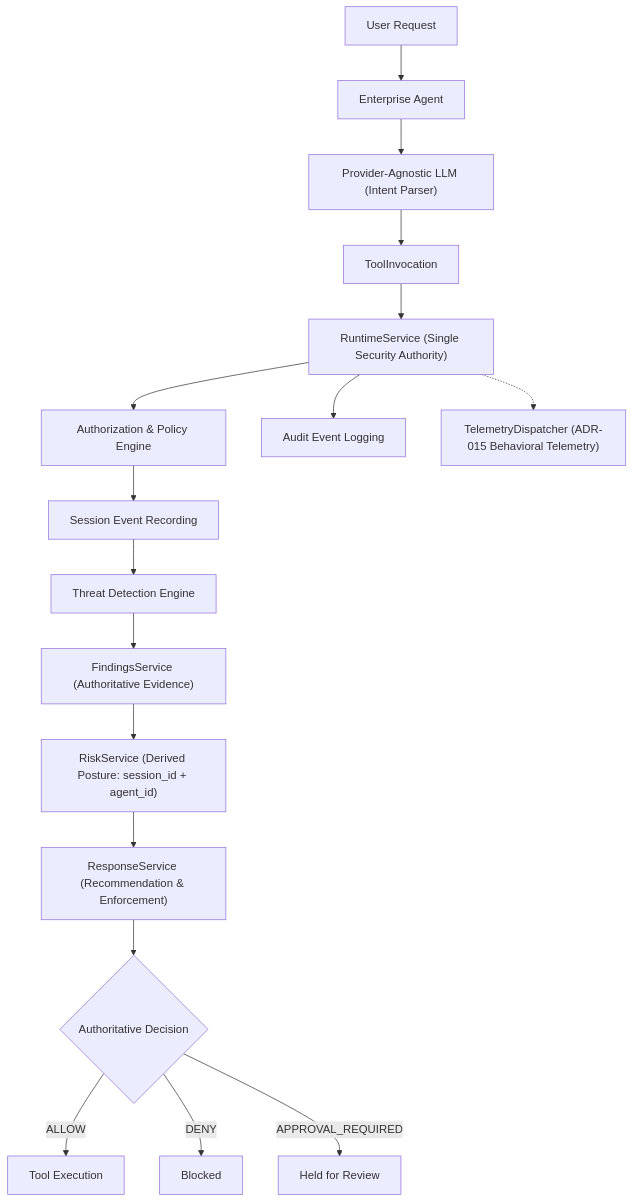
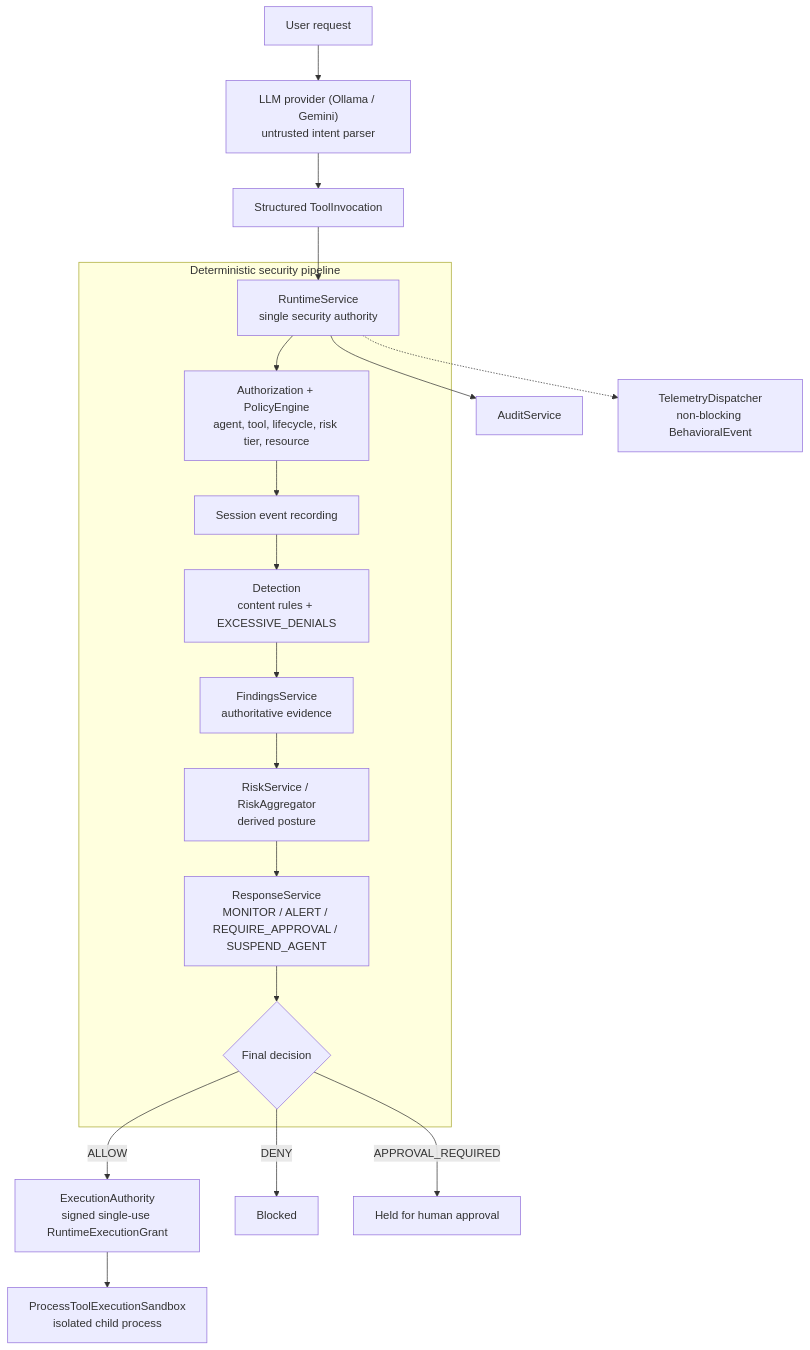
Before and after one commit to mathurshubh/enterprise-agent-security-platform: the diagram in README.md, drawn with Mermaid. The commit also changed other lines of this file and 9 other files, not shown here.

````diff
--- a/README.md
+++ b/README.md
@@ -49,19 +99,23 @@
 ```mermaid
 flowchart TD
-    A["User Request"] --> B["Enterprise Agent"]
-    B --> C["Provider-Agnostic LLM (Intent Parser)"]
-    C --> D["ToolInvocation"]
-    D --> E["RuntimeService (Single Security Authority)"]
-    E --> F["Authorization & Policy Engine"]
-    F --> G["Session Event Recording"]
-    G --> H["Threat Detection Engine"]
-    H --> I["FindingsService (Authoritative Evidence)"]
-    J --> K["ResponseService (Recommendation & Enforcement)"]
-    I --> J["RiskService (Derived Posture: session_id + agent_id)"]
-    K --> L{"Authoritative Decision"}
-    L -->|ALLOW| M["Tool Execution"]
-    L -->|DENY| N["Blocked"]
-    L -->|APPROVAL_REQUIRED| O["Held for Review"]
-    E --> P["Audit Event Logging"]
-    E -.-> Q["TelemetryDispatcher (ADR-015 Behavioral Telemetry)"]
+    U["User request"] --> LLM["LLM provider (Ollama / Gemini)<br/>untrusted intent parser"]
+    LLM --> TI["Structured ToolInvocation"]
+    TI --> RS["RuntimeService<br/>single security authority"]
+
+    subgraph PIPE["Deterministic security pipeline"]
+        RS --> AZ["Authorization + PolicyEngine<br/>agent, tool, lifecycle, risk tier, resource"]
+        AZ --> SE["Session event recording"]
+        SE --> DET["Detection<br/>content rules + EXCESSIVE_DENIALS"]
+        DET --> FS["FindingsService<br/>authoritative evidence"]
+        FS --> RK["RiskService / RiskAggregator<br/>derived posture"]
+        RK --> RP["ResponseService<br/>MONITOR / ALERT / REQUIRE_APPROVAL / SUSPEND_AGENT"]
+        RP --> DEC{"Final decision"}
+    end
+
+    DEC -->|ALLOW| EA["ExecutionAuthority<br/>signed single-use RuntimeExecutionGrant"]
+    EA --> SB["ProcessToolExecutionSandbox<br/>isolated child process"]
+    DEC -->|DENY| BL["Blocked"]
+    DEC -->|APPROVAL_REQUIRED| HR["Held for human approval"]
+    RS --> AU["AuditService"]
+    RS -.-> TD["TelemetryDispatcher<br/>non-blocking BehavioralEvent"]
 ```
````
